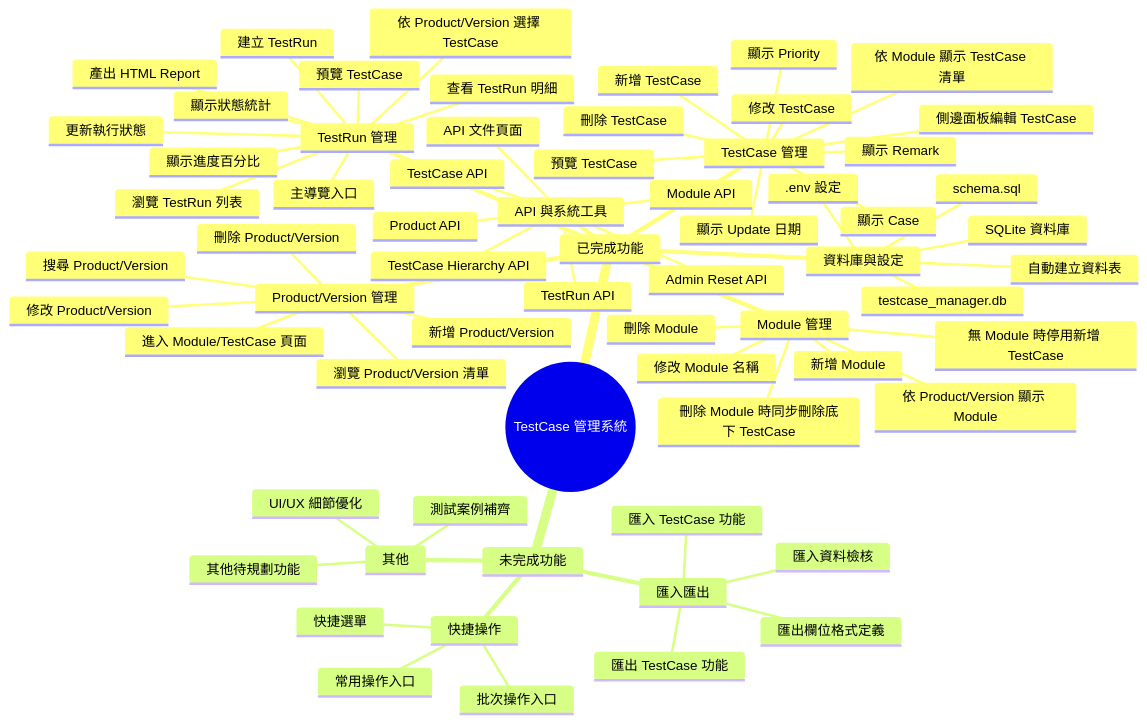
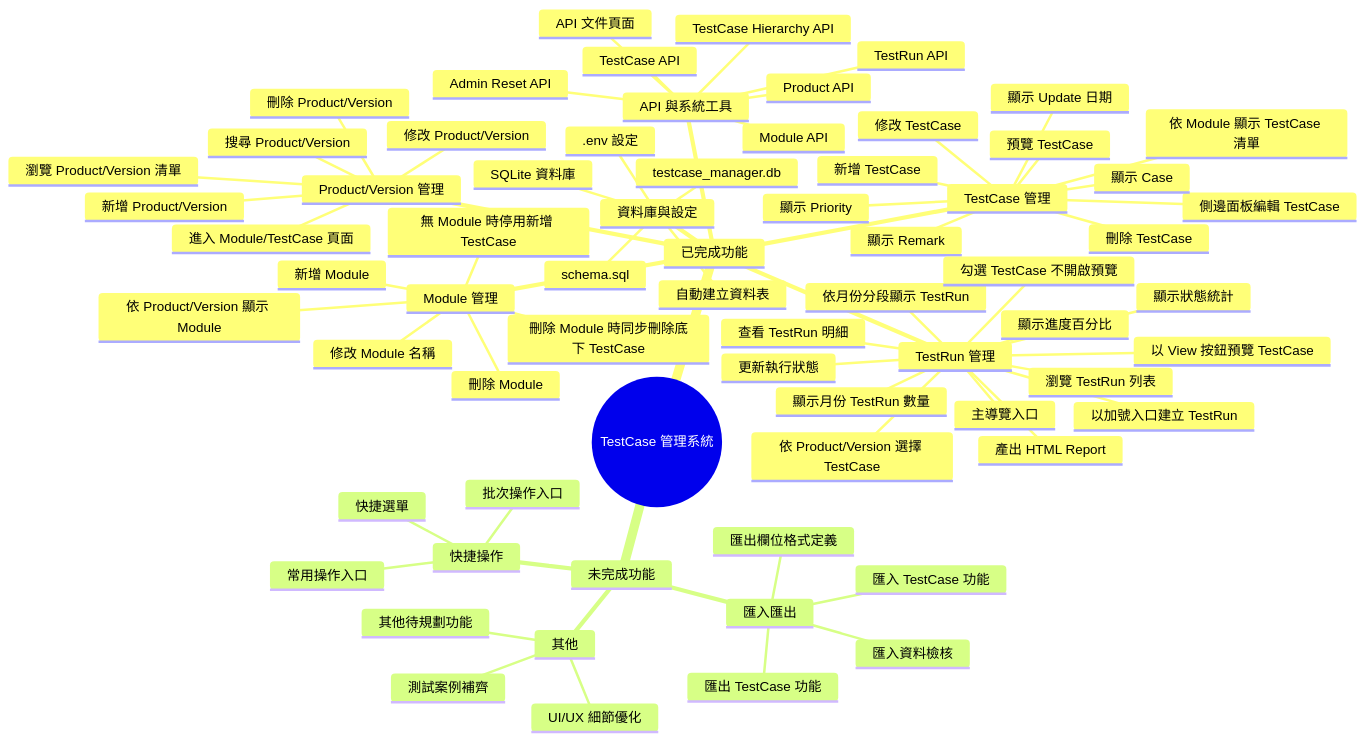
One commit to finy0623742746/Testcase_Manager changed the diagram in SYSTEM_MINDMAP.md. Above: the diagram before and after it, drawn with Mermaid. The commit also changed 8 other files, not shown here.

Commit message:
Optimize TestRun page

````diff
--- a/SYSTEM_MINDMAP.md
+++ b/SYSTEM_MINDMAP.md
@@ -10,69 +10,72 @@
 ```mermaid
 mindmap
   root((TestCase 管理系統))
     已完成功能
       Product/Version 管理
         瀏覽 Product/Version 清單
         新增 Product/Version
         修改 Product/Version
         刪除 Product/Version
         搜尋 Product/Version
         進入 Module/TestCase 頁面
       Module 管理
         依 Product/Version 顯示 Module
         新增 Module
         修改 Module 名稱
         刪除 Module
         刪除 Module 時同步刪除底下 TestCase
         無 Module 時停用新增 TestCase
       TestCase 管理
         依 Module 顯示 TestCase 清單
         新增 TestCase
         修改 TestCase
         刪除 TestCase
         預覽 TestCase
         側邊面板編輯 TestCase
         顯示 Case
         顯示 Priority
         顯示 Remark
         顯示 Update 日期
       API 與系統工具
         API 文件頁面
         Product API
         Module API
         TestCase API
         TestCase Hierarchy API
         TestRun API
         Admin Reset API
       TestRun 管理
         主導覽入口
         瀏覽 TestRun 列表
+        依月份分段顯示 TestRun
+        顯示月份 TestRun 數量
         顯示進度百分比
         顯示狀態統計
-        建立 TestRun
+        以加號入口建立 TestRun
         依 Product/Version 選擇 TestCase
-        預覽 TestCase
+        以 View 按鈕預覽 TestCase
+        勾選 TestCase 不開啟預覽
         更新執行狀態
         查看 TestRun 明細
         產出 HTML Report
       資料庫與設定
         SQLite 資料庫
         testcase_manager.db
         自動建立資料表
         schema.sql
         .env 設定
     未完成功能
       匯入匯出
         匯出 TestCase 功能
         匯入 TestCase 功能
         匯入資料檢核
         匯出欄位格式定義
       快捷操作
         快捷選單
         常用操作入口
         批次操作入口
       其他
         其他待規劃功能
         UI/UX 細節優化
         測試案例補齊
 ```
````
